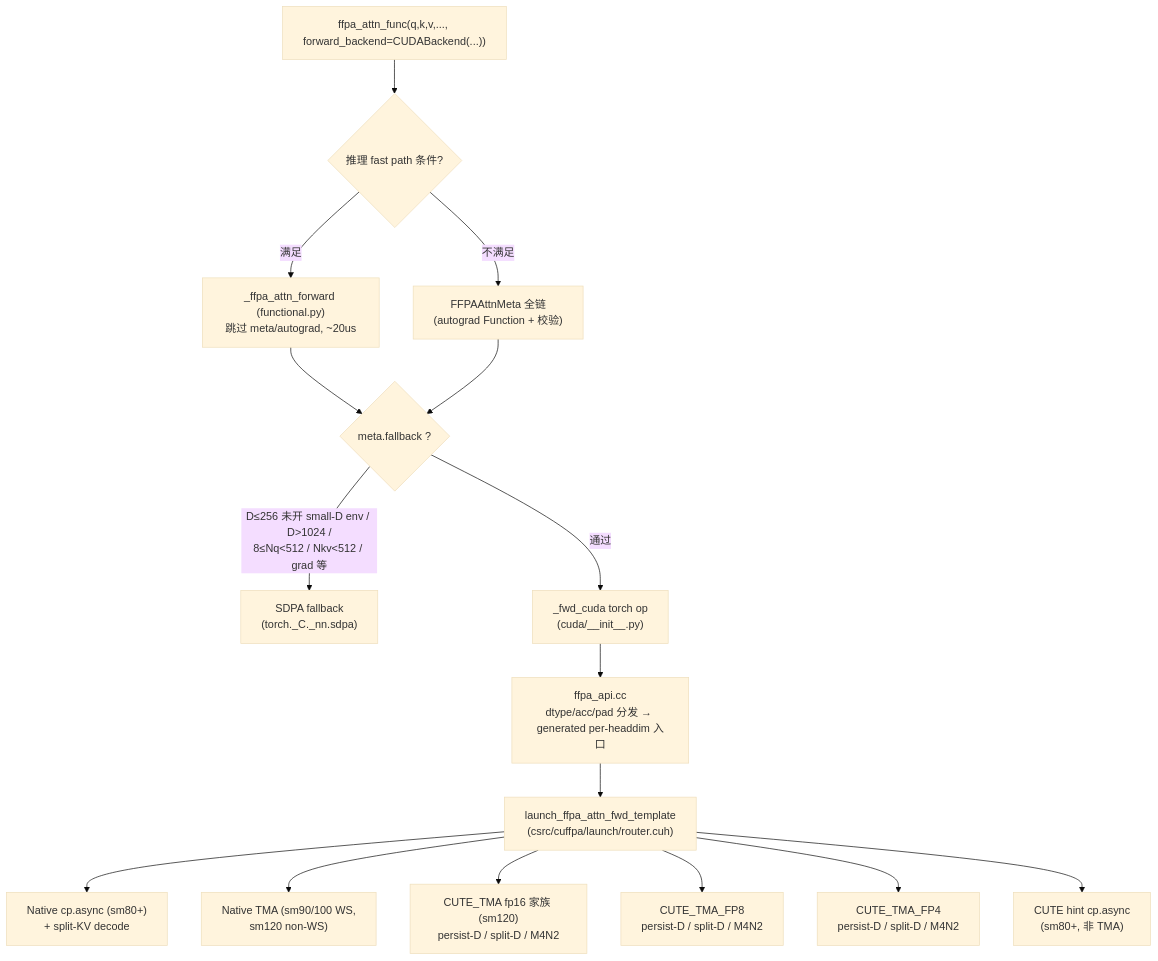
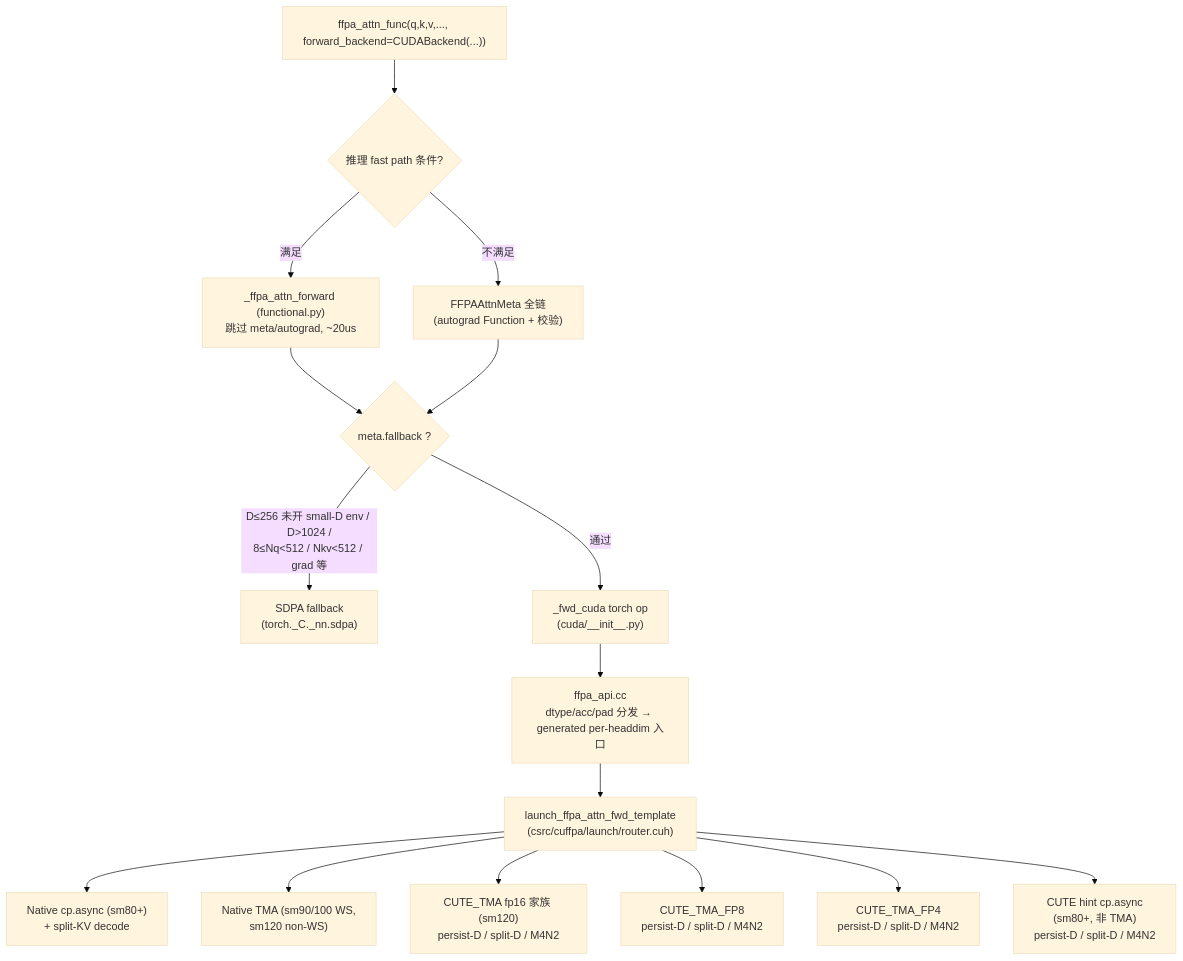
The first of 3 diagrams in .github/skills/ffpa-cuda-understand/SKILL.md (xlite-dev/ffpa-attn), drawn with Mermaid (base theme) before and after one commit. The commit also changed other lines of this file and 1 other file, not shown here.

First line of the commit message:
docs(ffpa-cuda-understand): PC-12/FC-12 completion — sm80 CUTE family + measured dispatch

````diff
--- a/.github/skills/ffpa-cuda-understand/SKILL.md
+++ b/.github/skills/ffpa-cuda-understand/SKILL.md
@@ -65,18 +65,18 @@
 ```mermaid
 flowchart TD
     A["ffpa_attn_func(q,k,v,..., forward_backend=CUDABackend(...))"] --> B{推理 fast path 条件?}
     B -- 满足 --> C["_ffpa_attn_forward (functional.py)<br/>跳过 meta/autograd, ~20us"]
     B -- 不满足 --> D["FFPAAttnMeta 全链<br/>(autograd Function + 校验)"]
     C --> E{meta.fallback ?}
     D --> E
     E -- D≤256 未开 small-D env / D>1024 /<br/>8≤Nq<512 / Nkv<512 / grad 等 --> F["SDPA fallback<br/>(torch._C._nn.sdpa)"]
     E -- 通过 --> G["_fwd_cuda torch op<br/>(cuda/__init__.py)"]
     G --> H["ffpa_api.cc<br/>dtype/acc/pad 分发 → generated per-headdim 入口"]
     H --> I["launch_ffpa_attn_fwd_template<br/>(csrc/cuffpa/launch/router.cuh)"]
     I --> J1["Native cp.async (sm80+)<br/>+ split-KV decode"]
     I --> J2["Native TMA (sm90/100 WS,<br/>sm120 non-WS)"]
     I --> J3["CUTE_TMA fp16 家族 (sm120)<br/>persist-D / split-D / M4N2"]
     I --> J4["CUTE_TMA_FP8<br/>persist-D / split-D / M4N2"]
     I --> J5["CUTE_TMA_FP4<br/>persist-D / split-D / M4N2"]
-    I --> J6["CUTE hint cp.async<br/>(sm80+, 非 TMA)"]
+    I --> J6["CUTE hint cp.async<br/>(sm80+, 非 TMA)<br/>persist-D / split-D / M4N2"]
 ```
````
